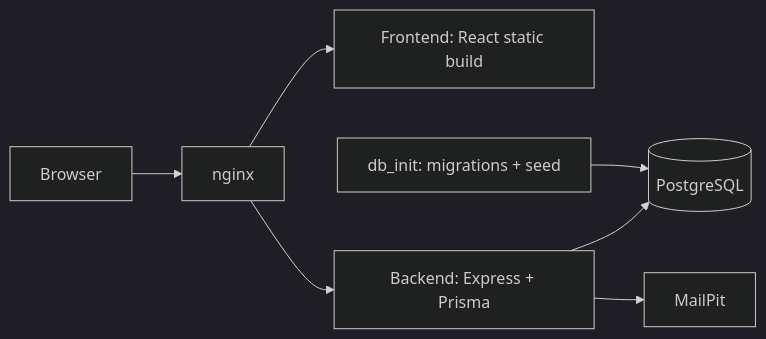
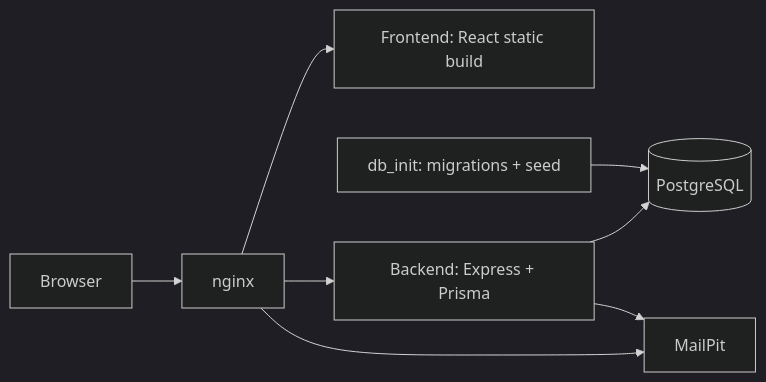
The diagram in docs/architecture/overview.md (ComunidadVecinos/sigeco-webapp), drawn with Mermaid (dark theme) before and after one commit. The commit also changed other lines of this file and 5 other files, not shown here.

Commit message:
feat(help): ampliar ayuda general y exponer MailPit en /mail

````diff
--- a/docs/architecture/overview.md
+++ b/docs/architecture/overview.md
@@ -86,17 +87,18 @@
 ```mermaid
 flowchart LR
   Browser[Browser]
   Nginx[nginx]
   Frontend[Frontend: React static build]
   Backend[Backend: Express + Prisma]
   DB[(PostgreSQL)]
   MailPit[MailPit]
   DBInit[db_init: migrations + seed]
 
   Browser --> Nginx
   Nginx --> Frontend
   Nginx --> Backend
+  Nginx --> MailPit
   Backend --> DB
   Backend --> MailPit
   DBInit --> DB
 ```
````
